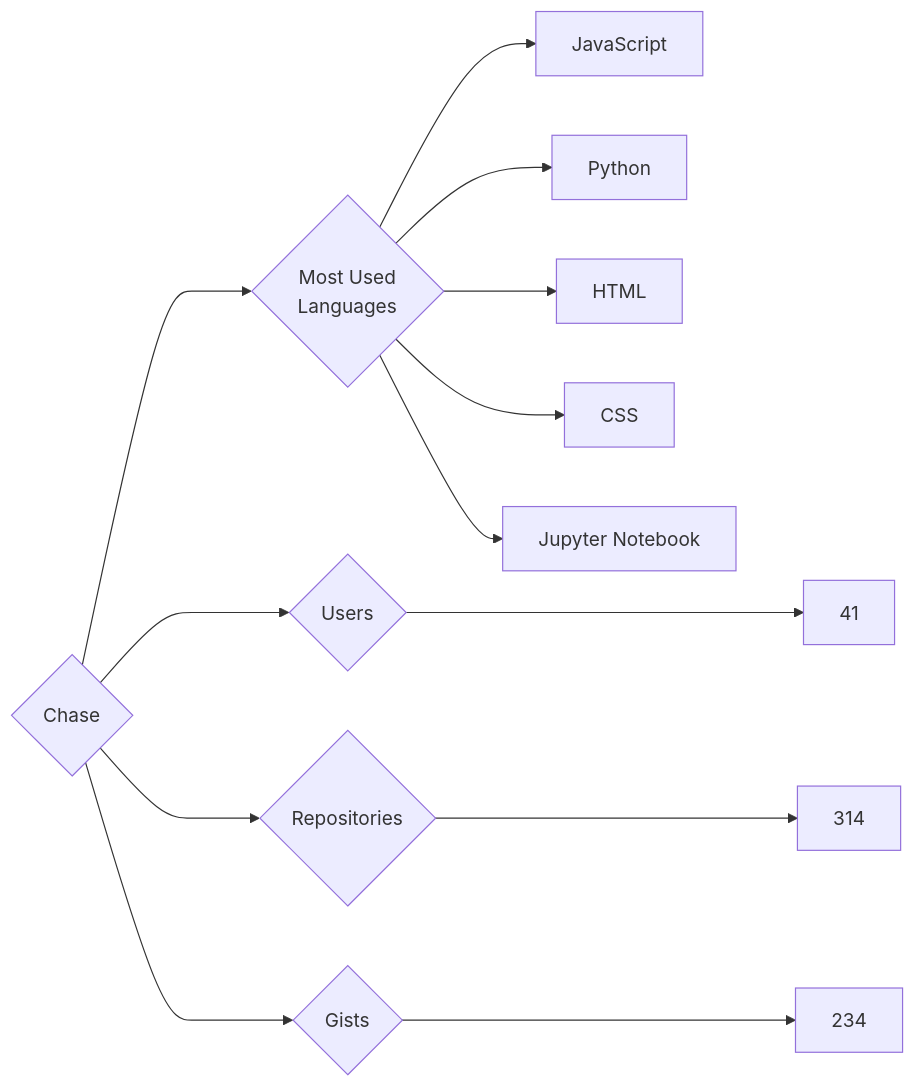
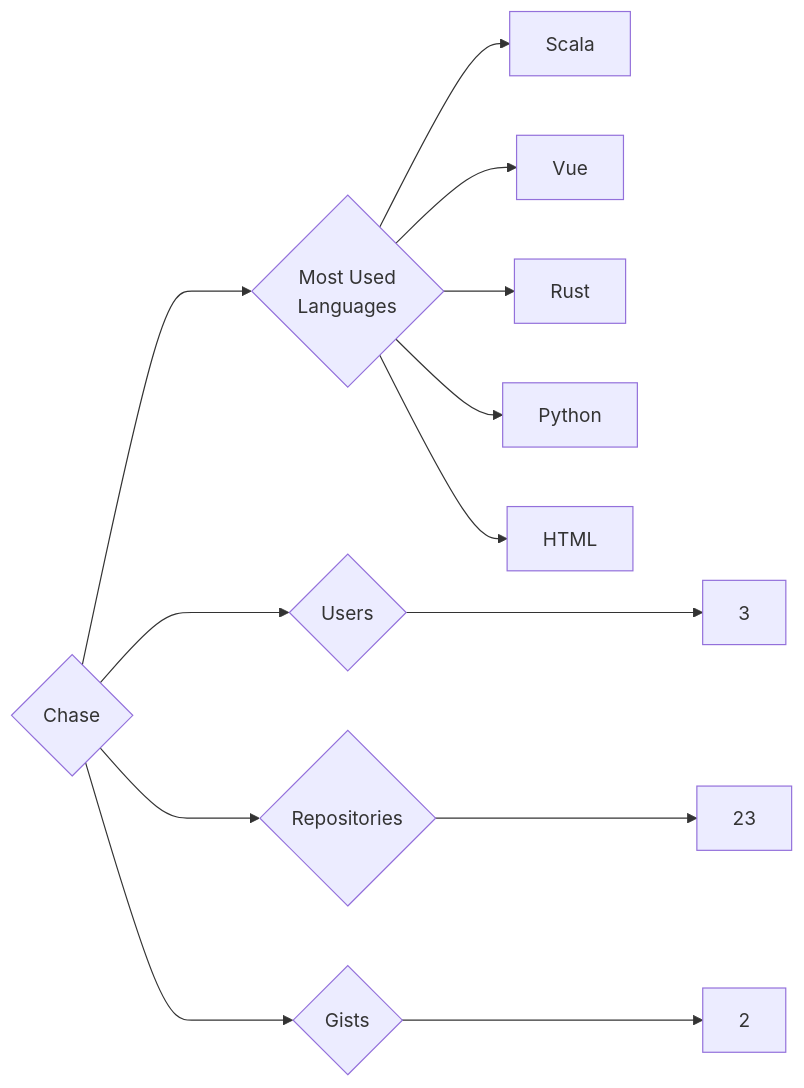
Before and after one commit to trickest/insiders: the diagram in targets/Chase/README.md, drawn with Mermaid. The commit also changed 935 other files, not shown here.

````diff
--- a/targets/Chase/README.md
+++ b/targets/Chase/README.md
@@ -3,13 +3,13 @@
 ```mermaid
 graph LR
 COMPANY_NAME{Chase}
-COMPANY_NAME ---> U{Users} ---> UN[41]
-COMPANY_NAME ---> R{Repositories} ---> RN[314]
-COMPANY_NAME ---> G{Gists} ---> GN[234]
+COMPANY_NAME ---> U{Users} ---> UN[3]
+COMPANY_NAME ---> R{Repositories} ---> RN[23]
+COMPANY_NAME ---> G{Gists} ---> GN[2]
 COMPANY_NAME ---> ML{Most Used<br>Languages}
-ML --> JavaScript[JavaScript]
+ML --> Scala[Scala]
+ML --> Vue[Vue]
+ML --> Rust[Rust]
 ML --> Python[Python]
 ML --> HTML[HTML]
-ML --> CSS[CSS]
-ML --> Jupyter_Notebook[Jupyter Notebook]
 ```
````
